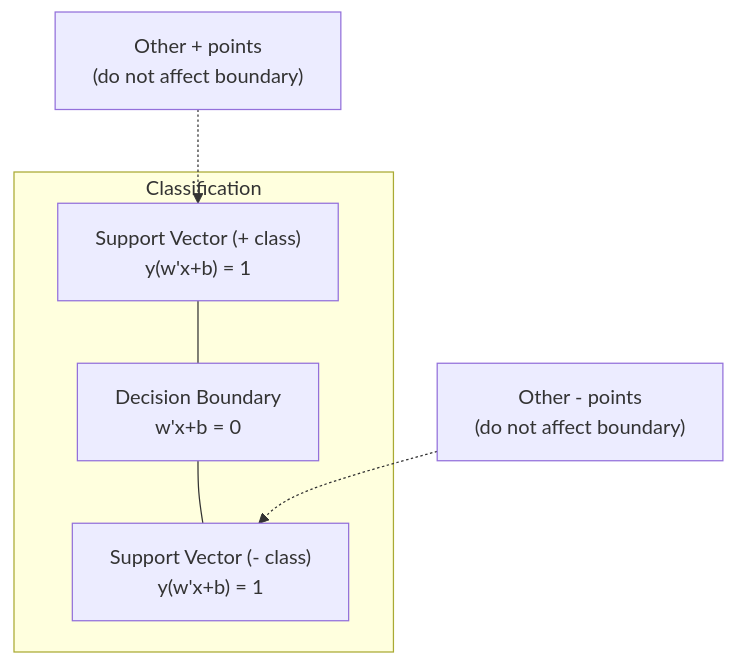
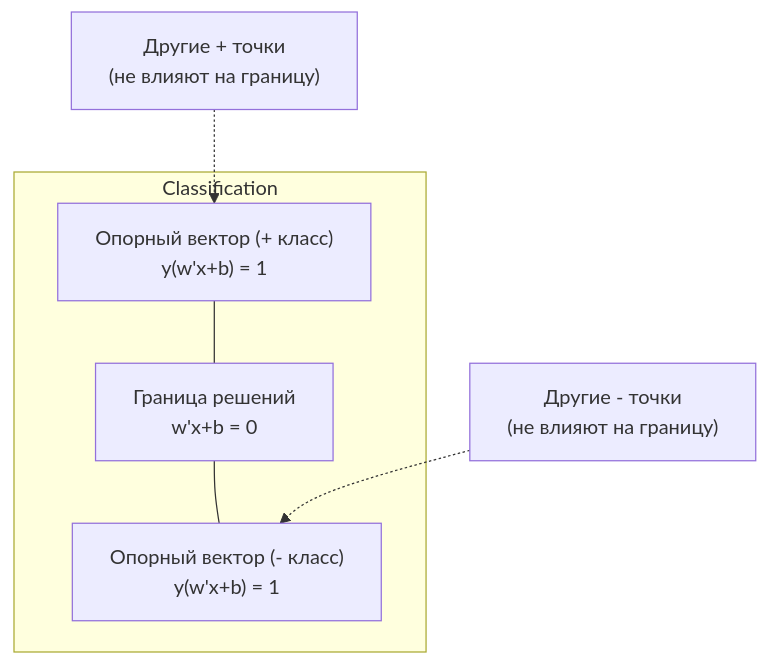
One commit to stabuev/ai-engineering-from-scratch changed the second of 3 diagrams in phases/02-ml-fundamentals/05-support-vector-machines/docs/ru.md. Above: the diagram before and after it, drawn with Mermaid. The commit also changed other lines of this file and 22 other files, not shown here.

````diff
--- a/phases/02-ml-fundamentals/05-support-vector-machines/docs/ru.md
+++ b/phases/02-ml-fundamentals/05-support-vector-machines/docs/ru.md
@@ -70,9 +70,9 @@
 ```mermaid
 graph TD
     subgraph Classification
-        SV1["Support Vector (+ class)<br>y(w'x+b) = 1"] --- DB["Decision Boundary<br>w'x+b = 0"]
-        DB --- SV2["Support Vector (- class)<br>y(w'x+b) = 1"]
+        SV1["Опорный вектор (+ класс)<br>y(w'x+b) = 1"] --- DB["Граница решений<br>w'x+b = 0"]
+        DB --- SV2["Опорный вектор (- класс)<br>y(w'x+b) = 1"]
     end
-    O1["Other + points<br>(do not affect boundary)"] -.-> SV1
-    O2["Other - points<br>(do not affect boundary)"] -.-> SV2
+    O1["Другие + точки<br>(не влияют на границу)"] -.-> SV1
+    O2["Другие - точки<br>(не влияют на границу)"] -.-> SV2
 ```
````
